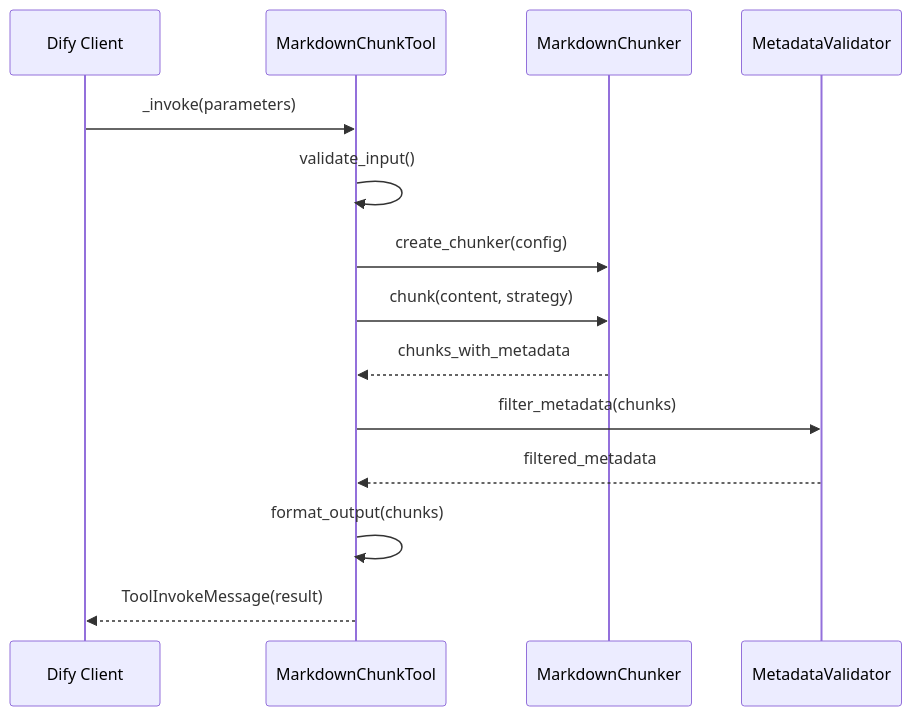
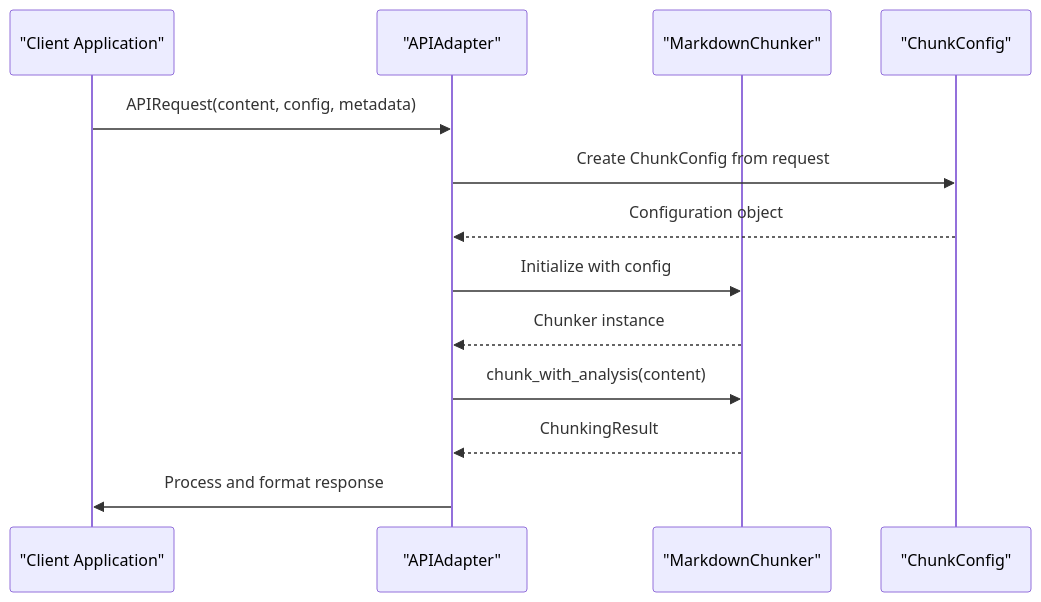
One commit to asukhodko/dify-markdown-chunker changed the second of 3 diagrams in .qoder/repowiki/en/content/Integration/Integration.md. Above: the diagram before and after it, drawn with Mermaid. The commit also changed other lines of this file and 205 other files, not shown here.

````diff
--- a/.qoder/repowiki/en/content/Integration/Integration.md
+++ b/.qoder/repowiki/en/content/Integration/Integration.md
@@ -179,16 +153,15 @@
 ```mermaid
 sequenceDiagram
-participant Client as Dify Client
-participant Tool as MarkdownChunkTool
-participant Chunker as MarkdownChunker
-participant Validator as MetadataValidator
-Client->>Tool : _invoke(parameters)
-Tool->>Tool : validate_input()
-Tool->>Chunker : create_chunker(config)
-Tool->>Chunker : chunk(content, strategy)
-Chunker-->>Tool : chunks_with_metadata
-Tool->>Validator : filter_metadata(chunks)
-Validator-->>Tool : filtered_metadata
-Tool->>Tool : format_output(chunks)
-Tool-->>Client : ToolInvokeMessage(result)
+participant Client as "Client Application"
+participant Adapter as "APIAdapter"
+participant Chunker as "MarkdownChunker"
+participant Config as "ChunkConfig"
+Client->>Adapter : APIRequest(content, config, metadata)
+Adapter->>Config : Create ChunkConfig from request
+Config-->>Adapter : Configuration object
+Adapter->>Chunker : Initialize with config
+Chunker-->>Adapter : Chunker instance
+Adapter->>Chunker : chunk_with_analysis(content)
+Chunker-->>Adapter : ChunkingResult
+Adapter->>Client : Process and format response
 ```
````
